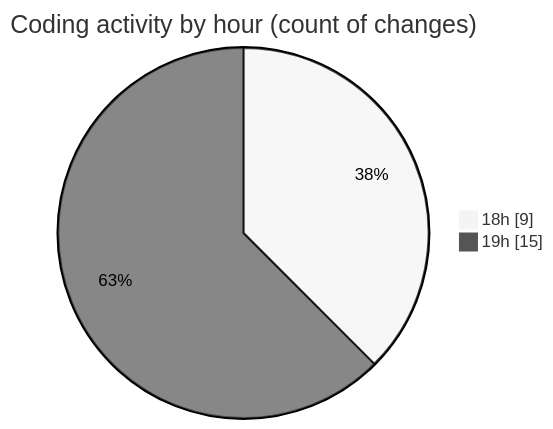
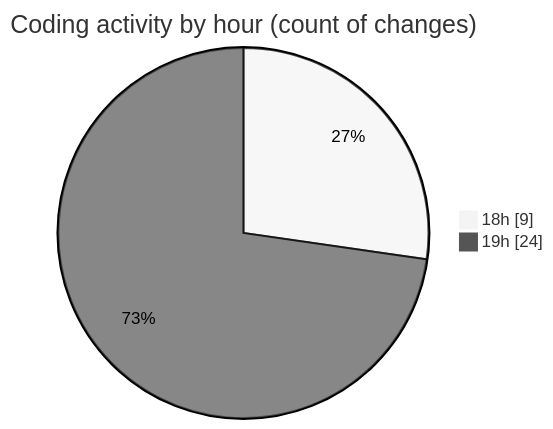
The second of 2 diagrams in 2025-04-28/date/README.md (Netris89/code-tracking), drawn with Mermaid (neutral theme) before and after one commit. The commit also changed other lines of this file and 1 other file, not shown here.

````diff
--- a/2025-04-28/date/README.md
+++ b/2025-04-28/date/README.md
@@ -32,6 +32,6 @@
 ```mermaid
 pie showData
 title Coding activity by hour (count of changes)
 "18h" : 9
-"19h" : 15
+"19h" : 24
 ```
````
